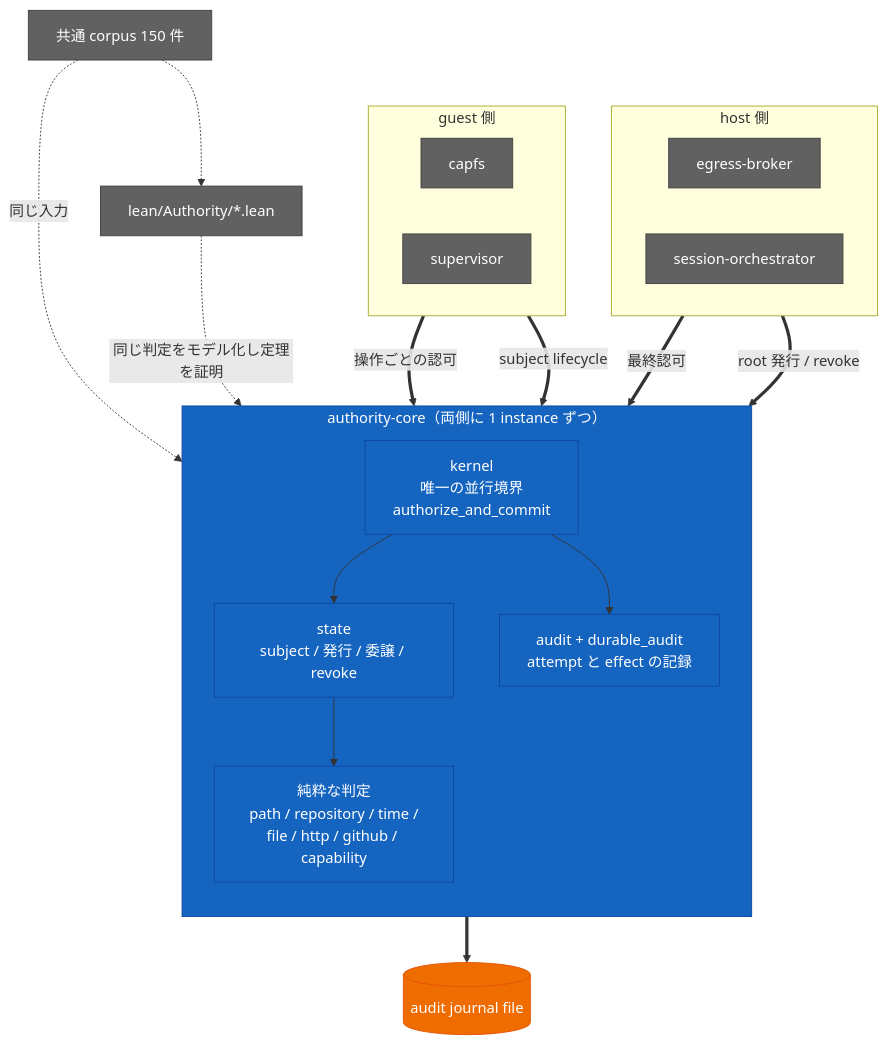
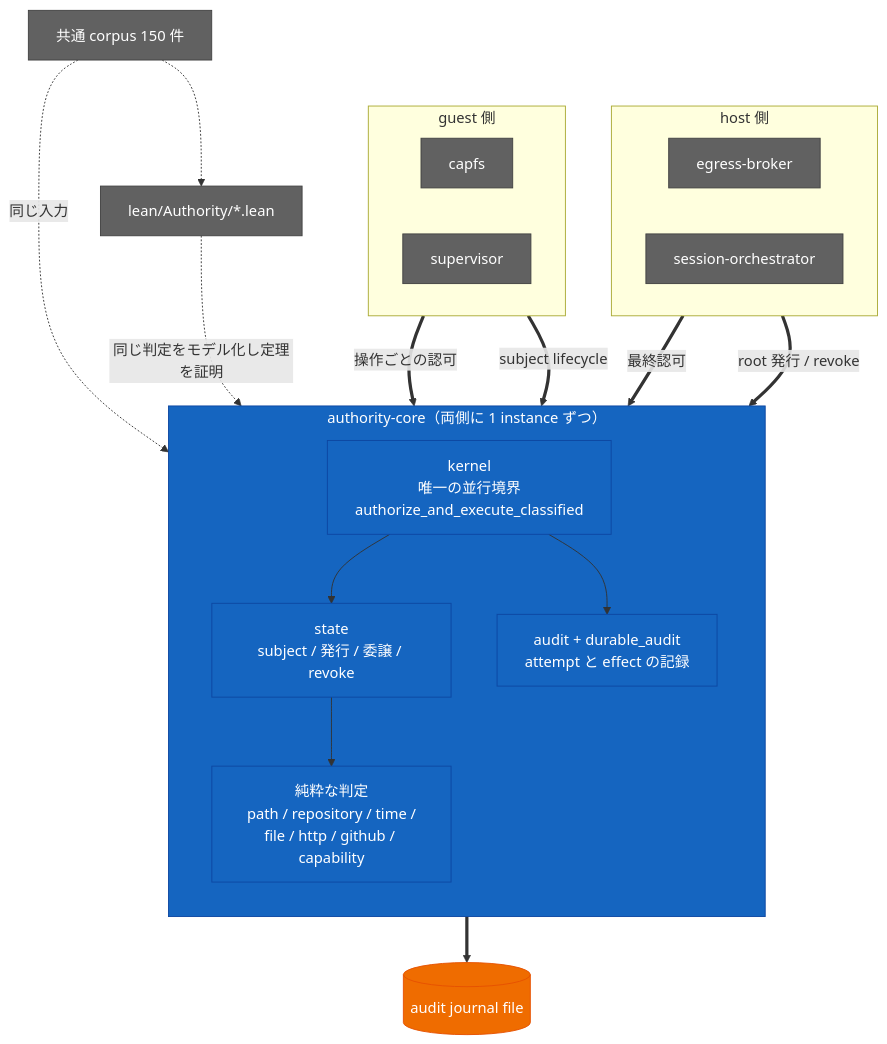
One commit to Aqua-218/SecCamp-AIAgent changed the first of 3 diagrams in docs/authority-core/README.md. Above: the diagram before and after it, drawn with Mermaid. The commit also changed other lines of this file, not shown here.

````diff
--- a/docs/authority-core/README.md
+++ b/docs/authority-core/README.md
@@ -15,47 +15,47 @@
 ```mermaid
 flowchart TB
     subgraph hostside["host 側"]
         direction LR
         eb["egress-broker"]
         so["session-orchestrator"]
     end
 
     subgraph guestside["guest 側"]
         direction LR
         cf["capfs"]
         sv["supervisor"]
     end
 
     subgraph ac["authority-core（両側に 1 instance ずつ）"]
         direction TB
         pure["純粋な判定<br/>path / repository / time /<br/>file / http / github / capability"]
         state["state<br/>subject / 発行 / 委譲 / revoke"]
-        kernel["kernel<br/>唯一の並行境界<br/>authorize_and_commit"]
+        kernel["kernel<br/>唯一の並行境界<br/>authorize_and_execute_classified"]
         audit["audit + durable_audit<br/>attempt と effect の記録"]
     end
 
     lean["lean/Authority/*.lean"]
     corpus["共通 corpus 150 件"]
     journal[("audit journal file")]
 
     eb ==>|"最終認可"| kernel
     so ==>|"root 発行 / revoke"| kernel
     cf ==>|"操作ごとの認可"| kernel
     sv ==>|"subject lifecycle"| kernel
     kernel --> state
     state --> pure
     kernel --> audit
     audit ==> journal
     corpus -.->|"同じ入力"| pure
     corpus -.-> lean
     lean -.->|"同じ判定をモデル化し定理を証明"| pure
 
     classDef host fill:#1565c0,color:#fff,stroke:#0d47a1;
     classDef data fill:#ef6c00,color:#fff,stroke:#e65100;
     classDef external fill:#616161,color:#fff,stroke:#424242;
     class ac,pure,state,kernel,audit host;
     class eb,so external;
     class cf,sv external;
     class lean,corpus external;
     class journal data;
 ```
````
